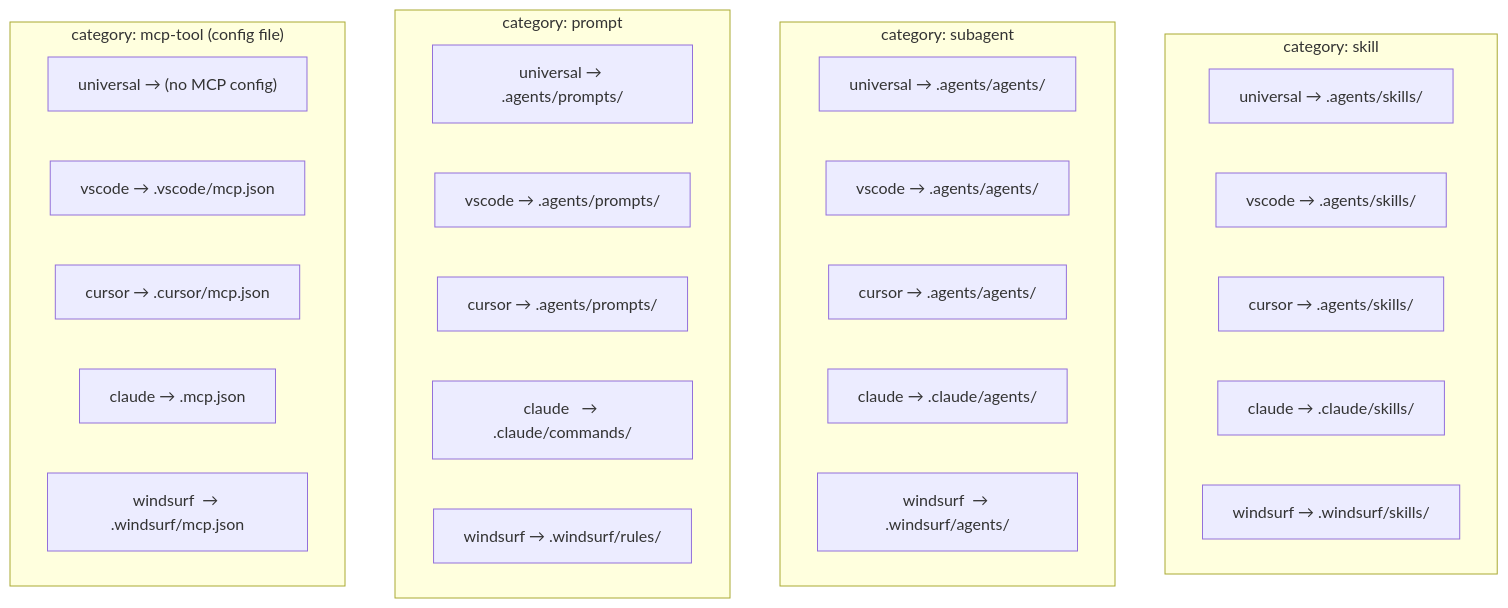
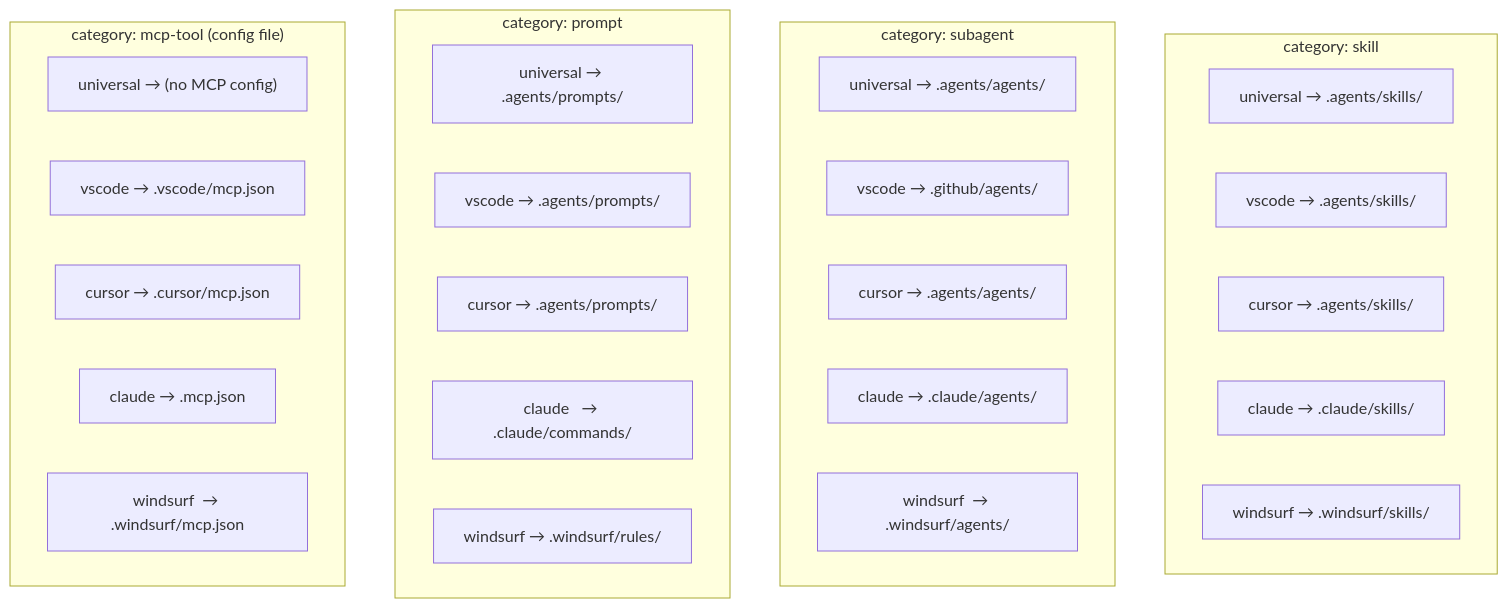
One commit to bitgenetics/aitools changed the third of 6 diagrams in docs/design/platform-adapter.md. Above: the diagram before and after it, drawn with Mermaid. The commit also changed other lines of this file and 13 other files, not shown here.

````diff
--- a/docs/design/platform-adapter.md
+++ b/docs/design/platform-adapter.md
@@ -101,34 +101,34 @@
 ```mermaid
 graph TB
     subgraph skill["category: skill"]
         u_s["universal → .agents/skills/"]
         v_s["vscode    → .agents/skills/"]
         cu_s["cursor   → .agents/skills/"]
         cl_s["claude   → .claude/skills/"]
         w_s["windsurf  → .windsurf/skills/"]
     end
 
     subgraph subagent["category: subagent"]
         u_a["universal → .agents/agents/"]
-        v_a["vscode    → .agents/agents/"]
+        v_a["vscode    → .github/agents/"]
         cu_a["cursor   → .agents/agents/"]
         cl_a["claude   → .claude/agents/"]
         w_a["windsurf  → .windsurf/agents/"]
     end
 
     subgraph prompt["category: prompt"]
         u_p["universal → .agents/prompts/"]
         v_p["vscode    → .agents/prompts/"]
         cu_p["cursor   → .agents/prompts/"]
         cl_p["claude   → .claude/commands/"]
         w_p["windsurf  → .windsurf/rules/"]
     end
 
     subgraph mcp["category: mcp-tool (config file)"]
         u_m["universal → (no MCP config)"]
         v_m["vscode    → .vscode/mcp.json"]
         cu_m["cursor   → .cursor/mcp.json"]
         cl_m["claude   → .mcp.json"]
         w_m["windsurf  → .windsurf/mcp.json"]
     end
 ```
````
